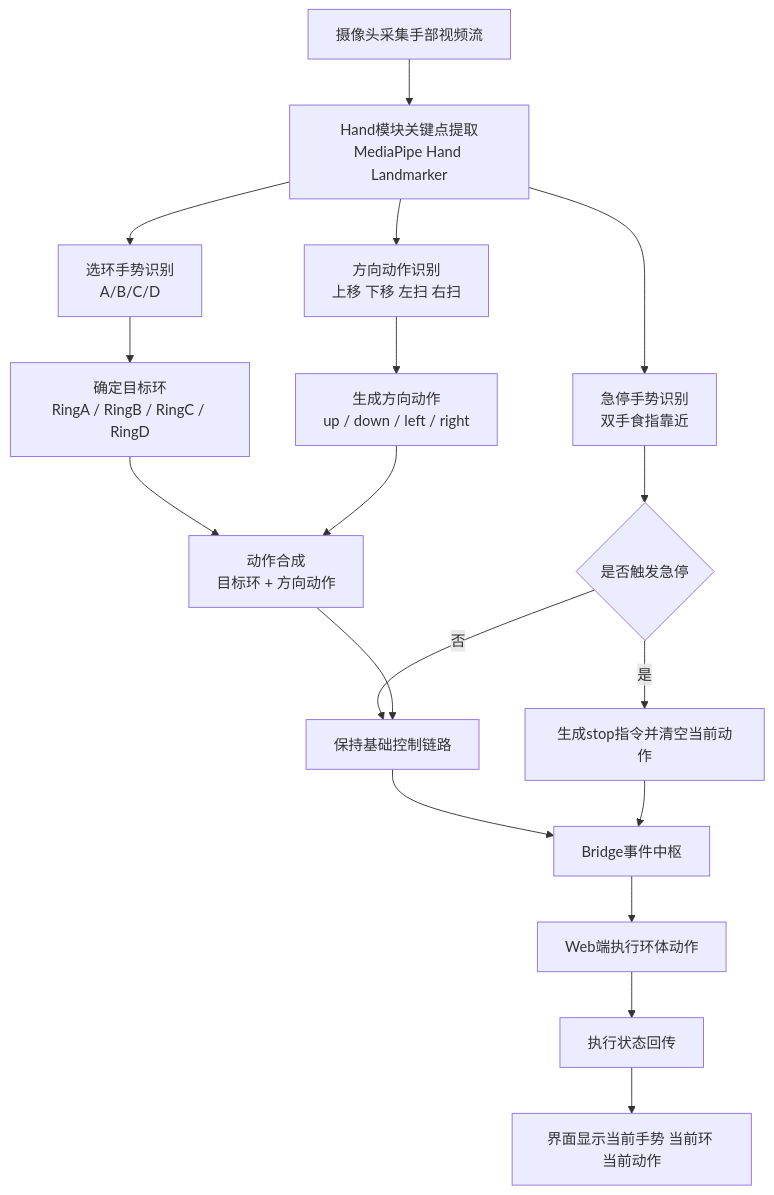
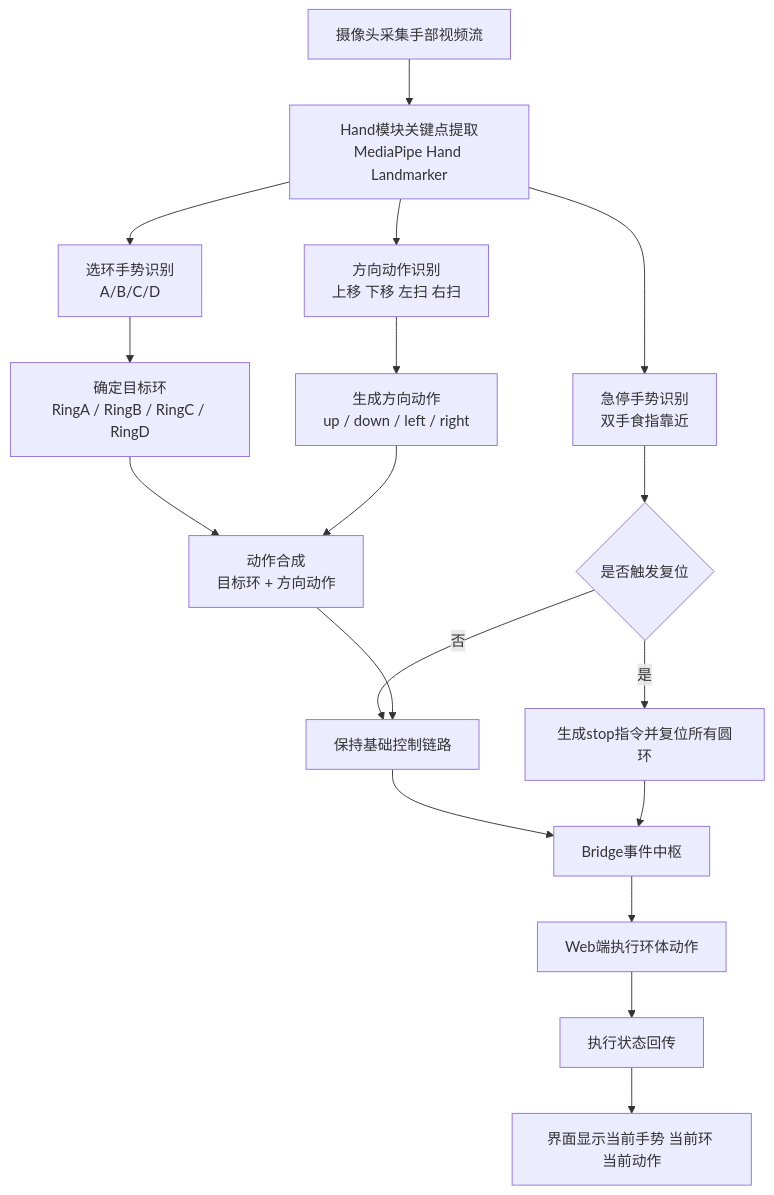
The sixth of 7 diagrams in docs/architecture_design.md (Liangjinxuan-hh/Coding), drawn with Mermaid before and after one commit. The commit also changed other lines of this file and 8 other files, not shown here.

Commit message:
feat: improve hand reset gesture flow and restart scripts

````diff
--- a/docs/architecture_design.md
+++ b/docs/architecture_design.md
@@ -158,20 +158,20 @@
 ```mermaid
 flowchart TD
     A[摄像头采集手部视频流] --> B[Hand模块关键点提取\nMediaPipe Hand Landmarker]
     B --> C1[选环手势识别\nA/B/C/D]
     B --> C2[方向动作识别\n上移 下移 左扫 右扫]
     B --> C3[急停手势识别\n双手食指靠近]
     C1 --> D[确定目标环\nRingA / RingB / RingC / RingD]
     C2 --> E[生成方向动作\nup / down / left / right]
     D --> F[动作合成\n目标环 + 方向动作]
     E --> F
-    C3 --> G{是否触发急停}
-    G -- 是 --> H[生成stop指令并清空当前动作]
+    C3 --> G{是否触发复位}
+    G -- 是 --> H[生成stop指令并复位所有圆环]
     G -- 否 --> I[保持基础控制链路]
     F --> I
     I --> J[Bridge事件中枢]
     H --> J
     J --> K1[Web端执行环体动作]
     K1 --> L[执行状态回传]
     L --> M[界面显示当前手势 当前环 当前动作]
 ```
````
